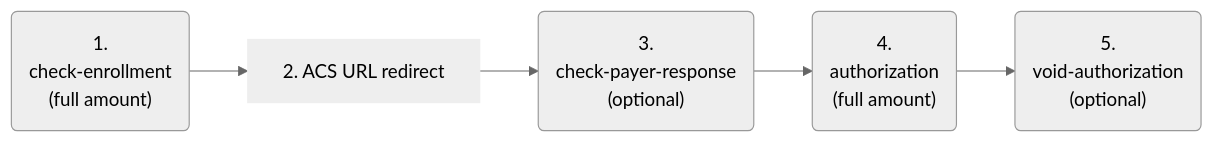
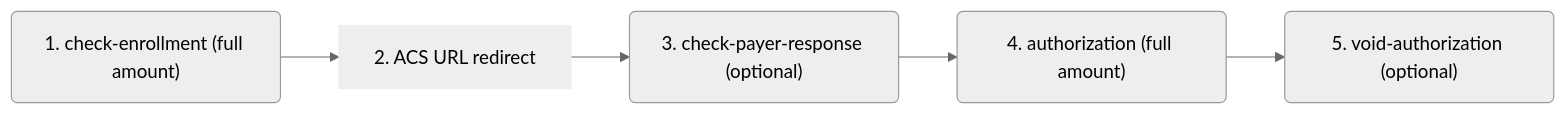
The sixth of 17 diagrams in 11-01-09-three-d-secure-two-payment-flows.adoc (wirecard/merchant-documentation-gateway), drawn with Mermaid (neutral theme) before and after one commit. The commit also changed other lines of this file and 1 other file, not shown here.

Commit message:
Update diagrams

```diff
--- a/11-01-09-three-d-secure-two-payment-flows.adoc
+++ b/11-01-09-three-d-secure-two-payment-flows.adoc
@@ -1085,10 +1085,10 @@
 [mermaid,API_CC_3DS2_PaymentFlows_StoringCardCredentials_AuthAndVoid,svg,width=60]
 ----
 graph LR
-A("<center>1.<br>check-enrollment<br>(full amount)</center>")-->B
-B["<center>2. ACS URL redirect</center>"]-->C
-C("<center>3.<br>check-payer-response<br>(optional)</center>")-->D
-D("<center>4.<br>authorization<br>(full amount)</center>")-->E
-E("<center>5.<br>void-authorization<br>(optional)</center>")
+A("1. check-enrollment (full amount)")-->B
+B["2. ACS URL redirect"]-->C
+C("3. check-payer-response (optional)")-->D
+D("4. authorization (full amount)")-->E
+E("5. void-authorization (optional)")
 style B fill:#eee, stroke:#eee
 ----
```
